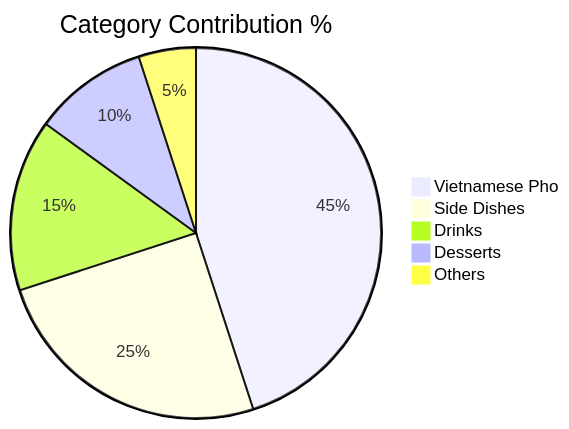
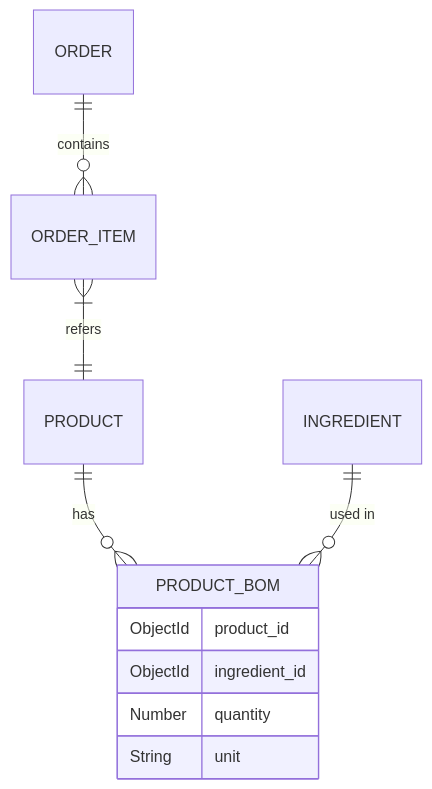
The diagram in README.md (PhuongUyen1311/foodOrder_RestaurantSystem), drawn with Mermaid before and after one commit. The commit also changed other lines of this file and 3 other files, not shown here.

````diff
--- a/README.md
+++ b/README.md
@@ -151,8 +88,14 @@
 ```mermaid
-pie title Category Contribution %
-    "Vietnamese Pho" : 45
-    "Side Dishes" : 25
-    "Drinks" : 15
-    "Desserts" : 10
-    "Others" : 5
+erDiagram
+    PRODUCT ||--o{ PRODUCT_BOM : "has"
+    INGREDIENT ||--o{ PRODUCT_BOM : "used in"
+    ORDER ||--o{ ORDER_ITEM : "contains"
+    ORDER_ITEM }|--|| PRODUCT : "refers"
+    
+    PRODUCT_BOM {
+        ObjectId product_id
+        ObjectId ingredient_id
+        Number quantity
+        String unit
+    }
 ```
````
